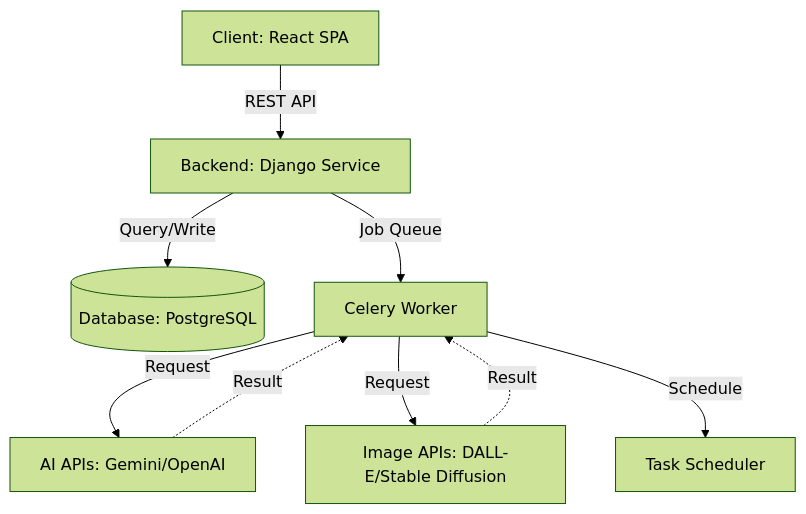
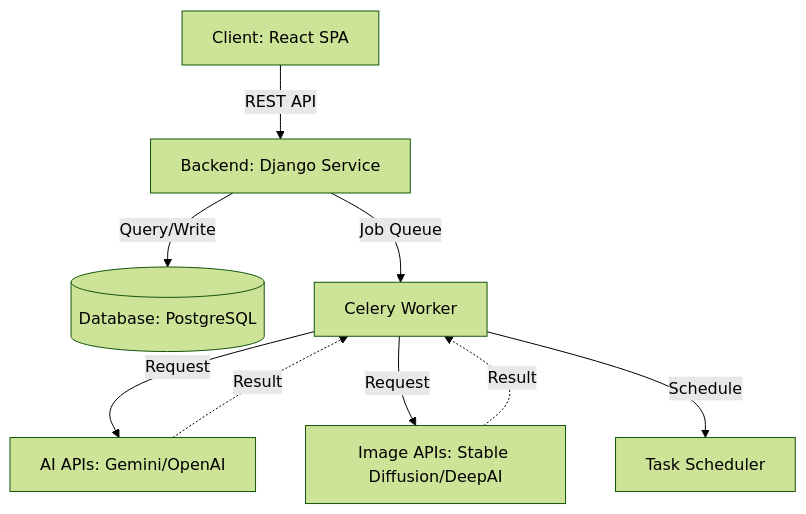
One commit to divy-mevada/postify changed the first of 2 diagrams in design.md. Above: the diagram before and after it, drawn with Mermaid (forest theme). The commit also changed other lines of this file and 1 other file, not shown here.

Commit message:
Update image generation APIs to open-source alternatives

````diff
--- a/design.md
+++ b/design.md
@@ -23,11 +23,11 @@
 ```mermaid
 graph TD
     A[Client: React SPA] -->|REST API| B[Backend: Django Service]
     B -->|Query/Write| C[(Database: PostgreSQL)]
     B -->|Job Queue| D[Celery Worker]
     D -->|Request| E[AI APIs: Gemini/OpenAI]
-    D -->|Request| F[Image APIs: DALL-E/Stable Diffusion]
+    D -->|Request| F[Image APIs: Stable Diffusion/DeepAI]
     D -->|Schedule| G[Task Scheduler]
     E -.->|Result| D
     F -.->|Result| D
 ```
````
